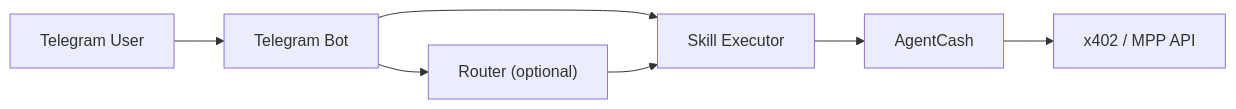
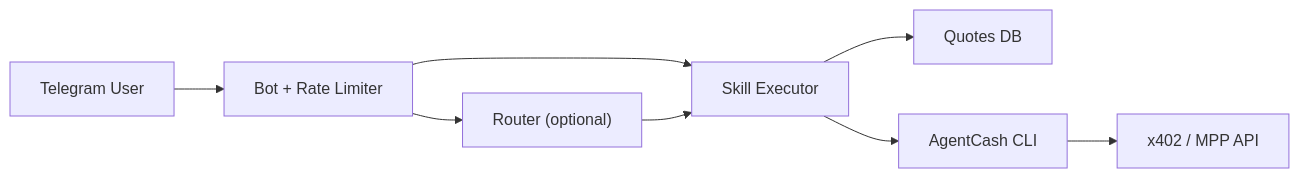
One commit to akumoli-debug/agentcash-telegram changed the diagram in README.md. Above: the diagram before and after it, drawn with Mermaid. The commit also changed other lines of this file and 21 other files, not shown here.

First line of the commit message:
fix: quote-bound payment flow, PII minimization, replay protection

````diff
--- a/README.md
+++ b/README.md
@@ -29,16 +119,18 @@
 ```mermaid
 flowchart LR
   user["Telegram User"]
-  bot["Telegram Bot"]
+  bot["Bot + Rate Limiter"]
   router["Router (optional)"]
   executor["Skill Executor"]
-  agentcash["AgentCash"]
+  quotes["Quotes DB"]
+  agentcash["AgentCash CLI"]
   api["x402 / MPP API"]
 
   user --> bot
   bot --> router
   bot --> executor
   router --> executor
+  executor --> quotes
   executor --> agentcash
   agentcash --> api
 ```
````
